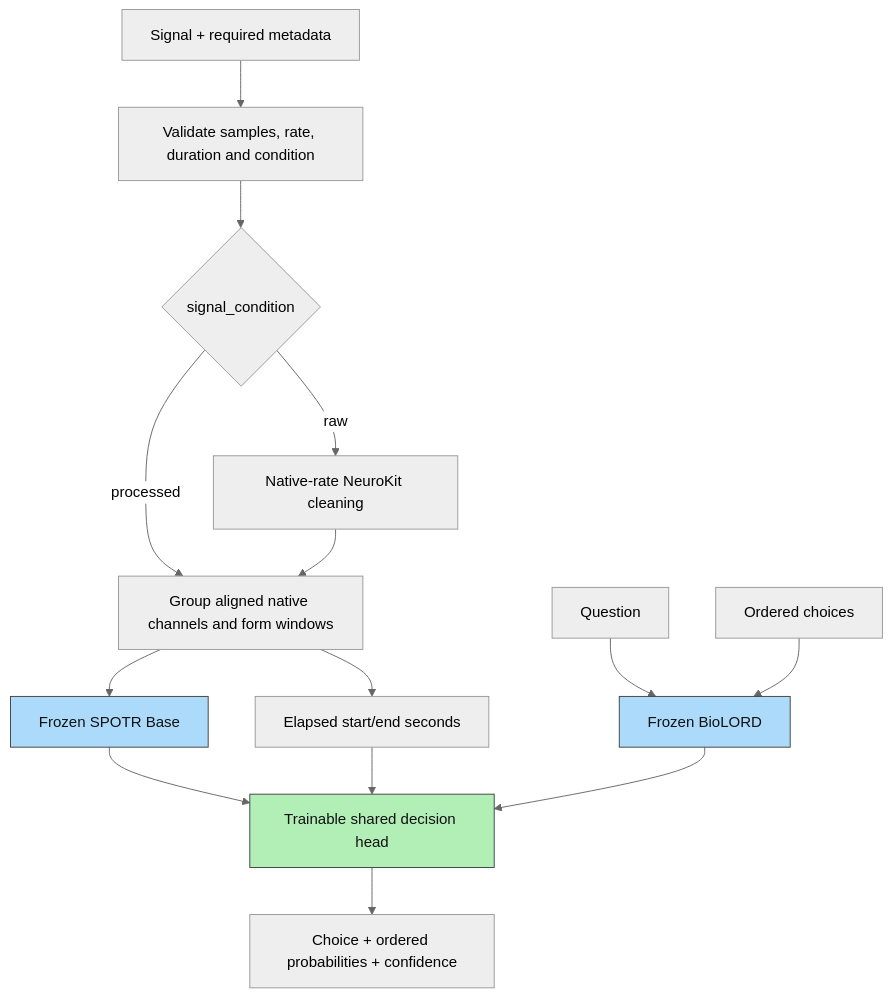
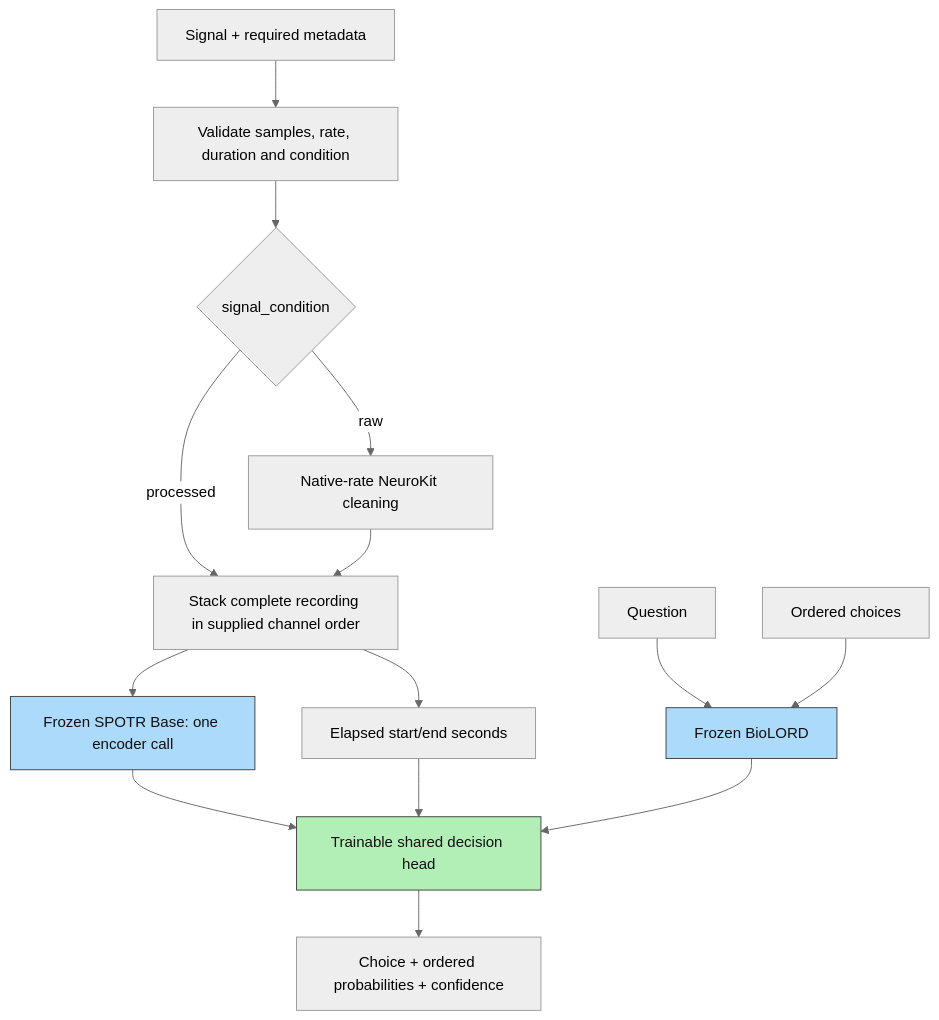
One commit to yeabwang/paya changed the diagram in docs/architecture-fix.md. Above: the diagram before and after it, drawn with Mermaid (neutral theme). The commit also changed other lines of this file and 17 other files, not shown here.

````diff
--- a/docs/architecture-fix.md
+++ b/docs/architecture-fix.md
@@ -5,20 +5,20 @@
 ```mermaid
 flowchart TD
     S[Signal + required metadata] --> V[Validate samples, rate, duration and condition]
     V --> C{signal_condition}
     C -->|raw| N[Native-rate NeuroKit cleaning]
-    C -->|processed| F[Group aligned native channels and form windows]
+    C -->|processed| F[Stack complete recording in supplied channel order]
     N --> F
-    F --> E[Frozen SPOTR Base]
+    F --> E[Frozen SPOTR Base: one encoder call]
     F --> I[Elapsed start/end seconds]
     E --> H[Trainable shared decision head]
     I --> H
     Q[Question] --> T[Frozen BioLORD]
     A[Ordered choices] --> T
     T --> H
     H --> O[Choice + ordered probabilities + confidence]
     classDef frozen fill:#acdafa,stroke:#404040,color:#111;
     classDef trainable fill:#b2efb7,stroke:#404040,color:#111;
     class E,T frozen;
     class H trainable;
 ```
````
